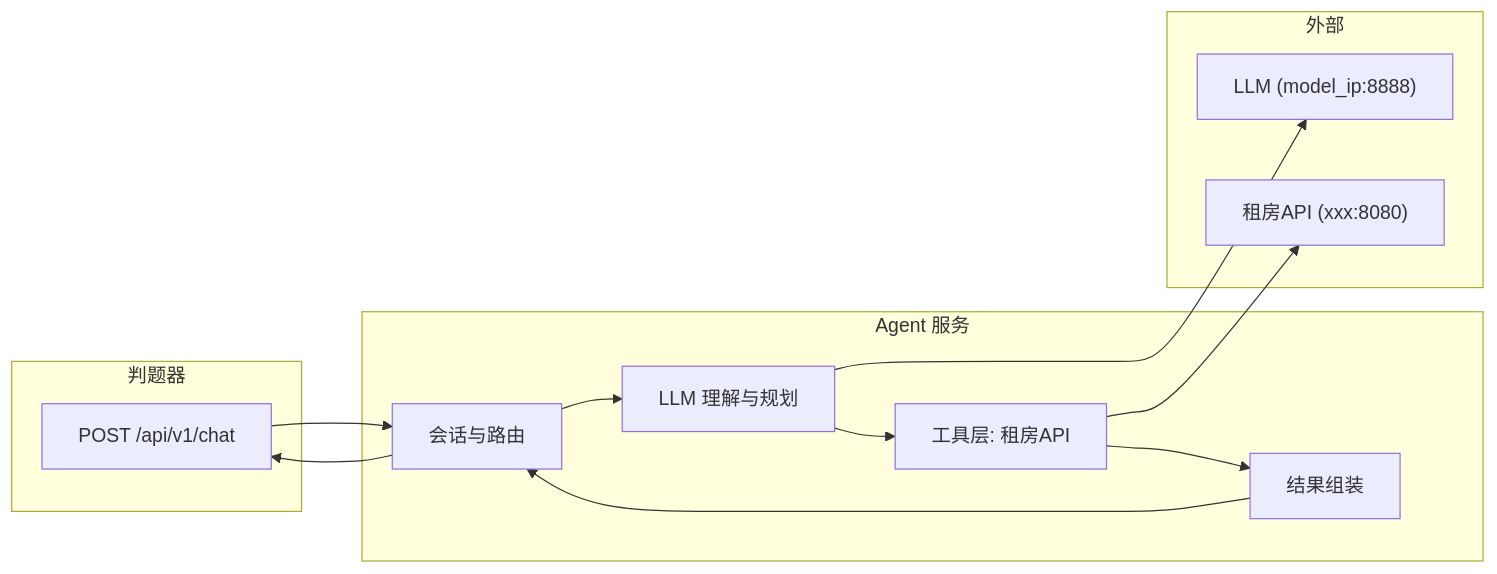
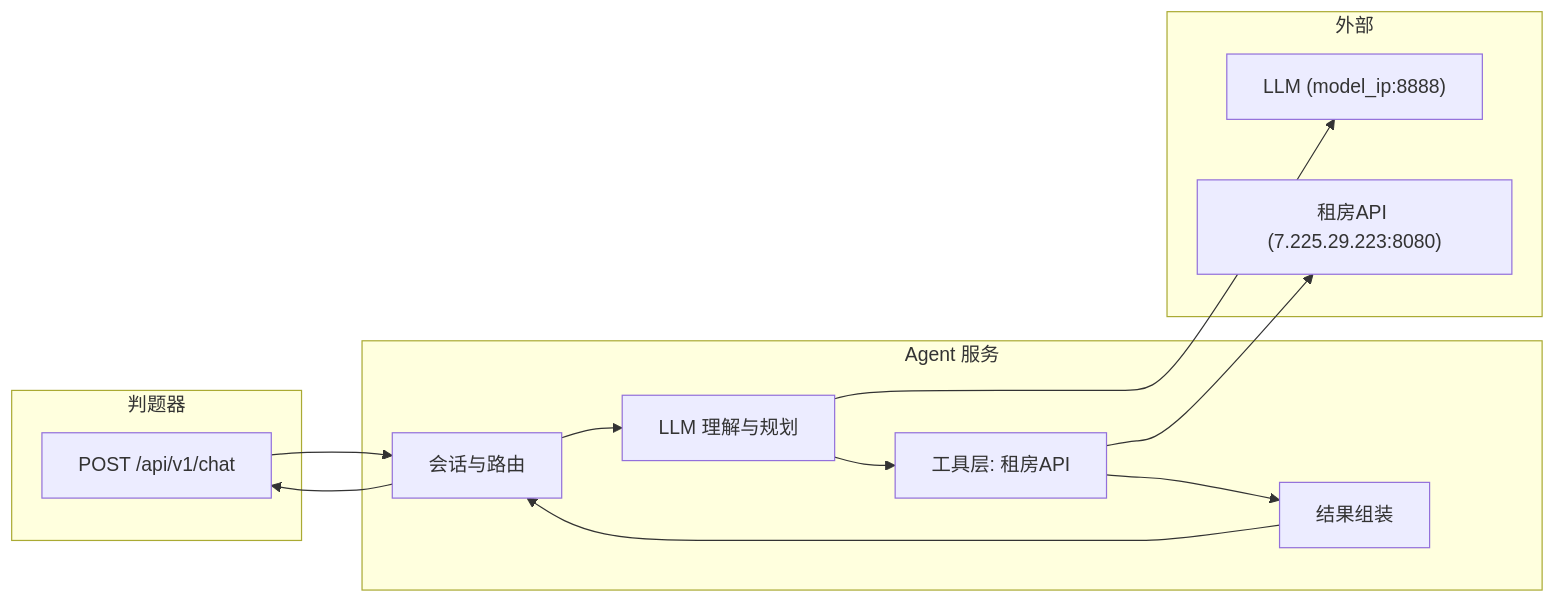
The diagram in 租房_agent_赛题解析与解题思路_507972d2.plan.md (fzxiao/rent-agent), drawn with Mermaid before and after one commit. The commit also changed other lines of this file and 2 other files, not shown here.

````diff
--- a/租房_agent_赛题解析与解题思路_507972d2.plan.md
+++ b/租房_agent_赛题解析与解题思路_507972d2.plan.md
@@ -405,24 +405,24 @@
 ```mermaid
 flowchart LR
   subgraph input [判题器]
     A[POST /api/v1/chat]
   end
   subgraph agent [Agent 服务]
     B[会话与路由]
     C[LLM 理解与规划]
     D[工具层: 租房API]
     E[结果组装]
   end
   subgraph external [外部]
     F["LLM (model_ip:8888)"]
-    G["租房API (xxx:8080)"]
+    G["租房API (7.225.29.223:8080)"]
   end
   A --> B
   B --> C
   C --> F
   C --> D
   D --> G
   D --> E
   E --> B
   B --> A
 ```
````
